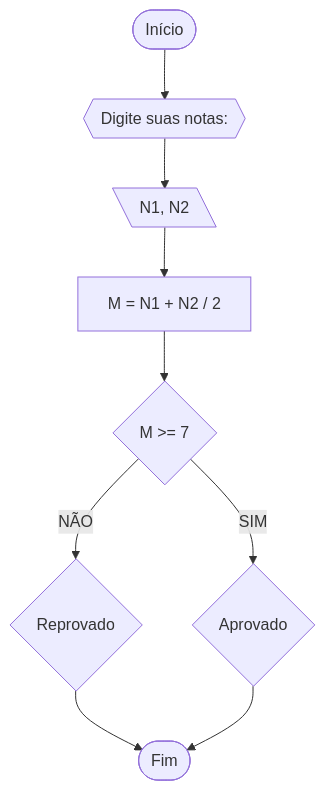
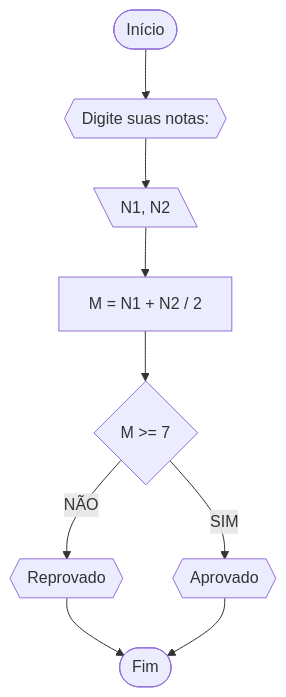
Before and after one commit to Jandih/Unifor: the first of 4 diagrams in RLA/lista_exercicio.md, drawn with Mermaid. The commit also changed other lines of this file, not shown here.

`````diff
--- a/RLA/lista_exercicio.md
+++ b/RLA/lista_exercicio.md
@@ -8,11 +8,11 @@
 ````mermaid
 flowchart TD
 A([Início]) --> B{{Digite suas notas:}}
 B --> C[\N1, N2\]
 C --> D[M = N1 + N2 / 2]
 D --> E{M >= 7}
-E --NÃO--> F{Reprovado}
+E --NÃO--> F{{Reprovado}}
 F --> H([Fim])
-E --SIM--> G{Aprovado}
+E --SIM--> G{{Aprovado}}
 G --> H
 ````
`````
